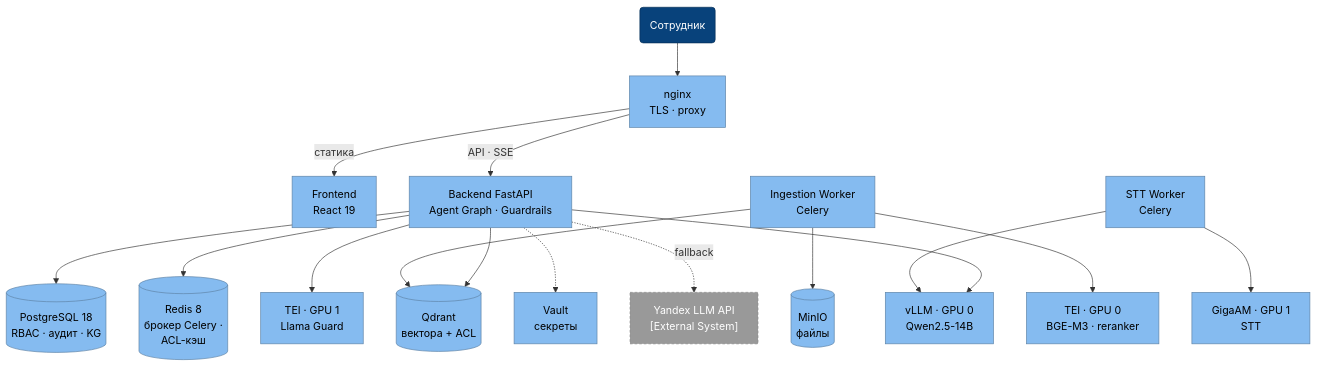
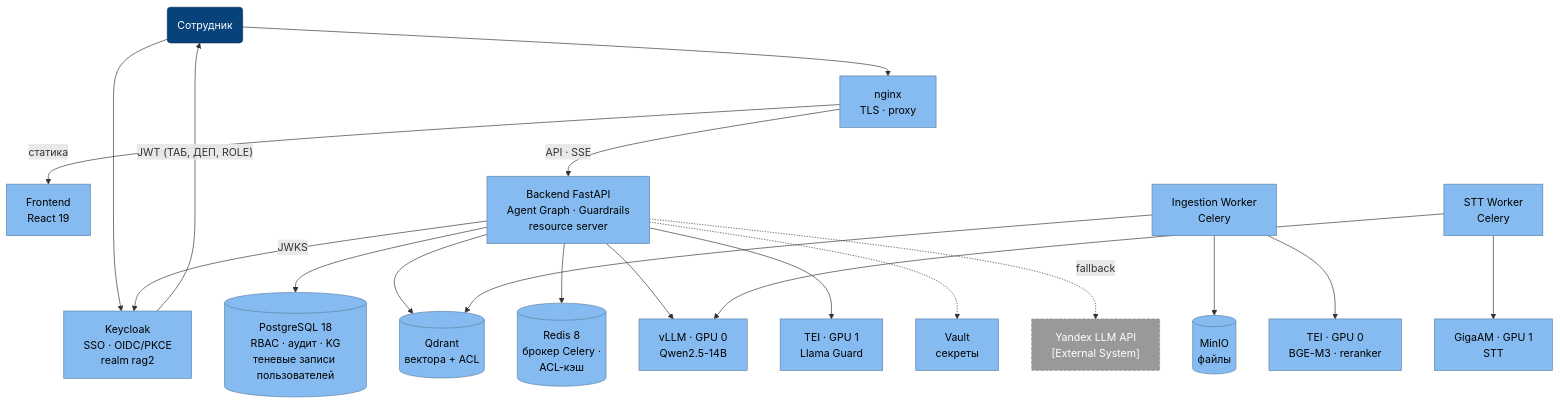
Before and after one commit to VladislavK777/ai_rag2_assistant: the diagram in docs/c4/02_C4_Container.md, drawn with Mermaid. The commit also changed other lines of this file and 29 other files, not shown here.

````diff
--- a/docs/c4/02_C4_Container.md
+++ b/docs/c4/02_C4_Container.md
@@ -7,42 +7,45 @@
 ```mermaid
 flowchart TB
     classDef person fill:#08427B,stroke:#052E56,color:#fff
     classDef container fill:#85BBF0,stroke:#5D82A6,color:#000
     classDef db fill:#85BBF0,stroke:#5D82A6,color:#000
     classDef external fill:#999999,stroke:#8A8A8A,color:#fff,stroke-dasharray:4 3
 
-    U("Сотрудник"):::person --> NG["nginx<br/>TLS · proxy"]:::container
+    U("Сотрудник"):::person --> KC["Keycloak<br/>SSO · OIDC/PKCE<br/>realm rag2"]:::container
+    KC -->|"JWT (ТАБ, ДЕП, ROLE)"| U
+    U --> NG["nginx<br/>TLS · proxy"]:::container
     NG -->|"статика"| FE["Frontend<br/>React 19"]:::container
-    NG -->|"API · SSE"| API["Backend FastAPI<br/>Agent Graph · Guardrails"]:::container
+    NG -->|"API · SSE"| API["Backend FastAPI<br/>Agent Graph · Guardrails<br/>resource server"]:::container
     NG ~~~ ING
     NG ~~~ STT
 
     ING["Ingestion Worker<br/>Celery"]:::container
     STT["STT Worker<br/>Celery"]:::container
 
-    PG[("PostgreSQL 18<br/>RBAC · аудит · KG")]:::db
+    PG[("PostgreSQL 18<br/>RBAC · аудит · KG<br/>теневые записи пользователей")]:::db
     QD[("Qdrant<br/>вектора + ACL")]:::db
     S3[("MinIO<br/>файлы")]:::db
     RDS[("Redis 8<br/>брокер Celery ·<br/>ACL-кэш")]:::db
     LLM["vLLM · GPU 0<br/>Qwen2.5-14B"]:::container
     EMB["TEI · GPU 0<br/>BGE-M3 · reranker"]:::container
     GUA["TEI · GPU 1<br/>Llama Guard"]:::container
     STTG["GigaAM · GPU 1<br/>STT"]:::container
     VLT["Vault<br/>секреты"]:::container
 
+    API -->|"JWKS"| KC
     API --> PG
     API --> QD
     API --> RDS
     API --> LLM
     API --> GUA
 
     ING --> S3
     ING --> EMB
     ING --> QD
 
     STT --> STTG
     STT --> LLM
 
     API -.-> VLT
     API -.->|"fallback"| YAN["Yandex LLM API<br/>[External System]"]:::external
 ```
````
